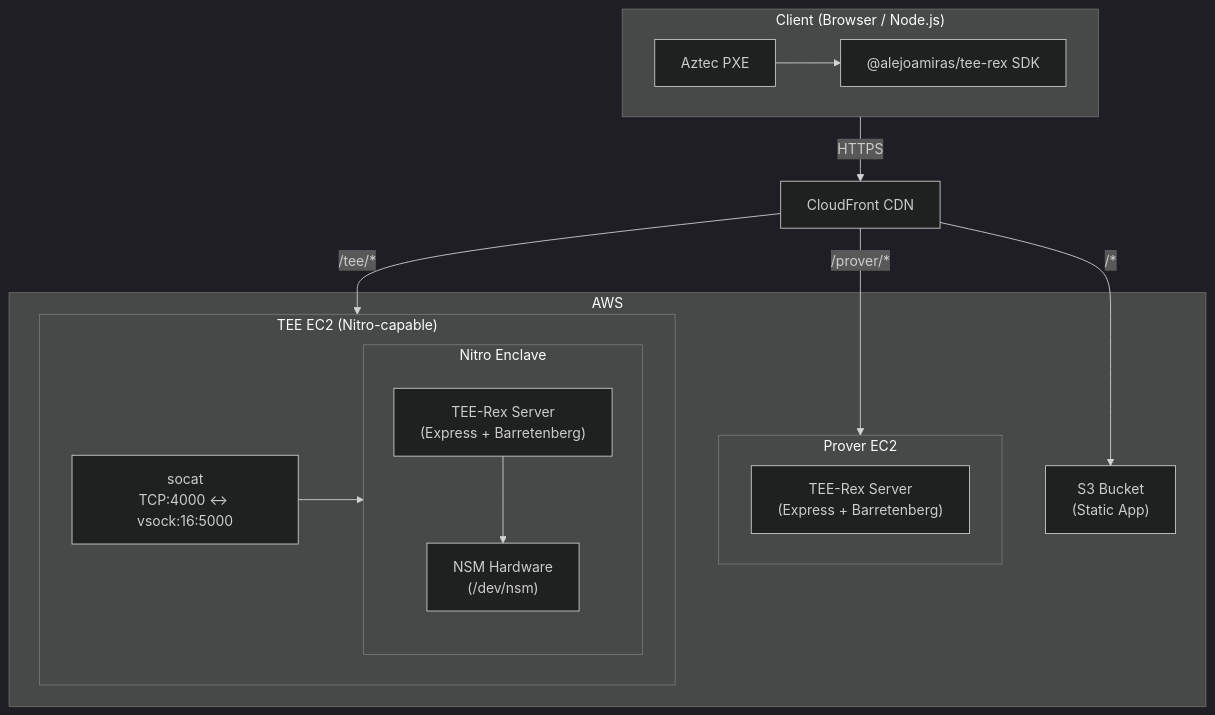
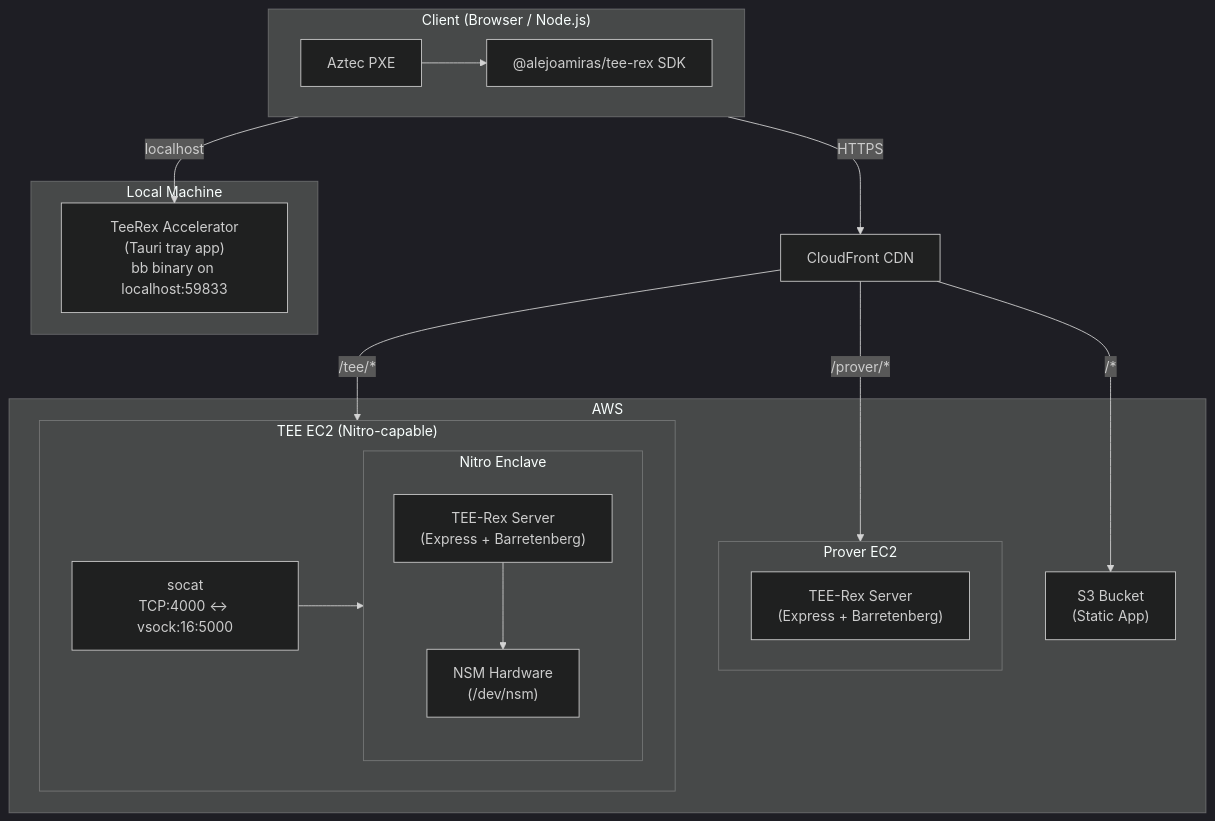
The first of 4 diagrams in docs/architecture.md (alejoamiras/tee-rex), drawn with Mermaid (dark theme) before and after one commit. The commit also changed other lines of this file and 20 other files, not shown here.

First line of the commit message:
feat(accelerator): add bb binary version compatibility check (#153)

````diff
--- a/docs/architecture.md
+++ b/docs/architecture.md
@@ -7,33 +7,38 @@
 ```mermaid
 graph TB
   subgraph Client["Client (Browser / Node.js)"]
     PXE["Aztec PXE"]
     SDK["@alejoamiras/tee-rex SDK"]
     PXE --> SDK
+  end
+
+  subgraph Local["Local Machine"]
+    Accelerator["TeeRex Accelerator<br/>(Tauri tray app)<br/>bb binary on localhost:59833"]
   end
 
   CF["CloudFront CDN"]
 
   subgraph AWS["AWS"]
     S3["S3 Bucket<br/>(Static App)"]
 
     subgraph ProverEC2["Prover EC2"]
       ProverServer["TEE-Rex Server<br/>(Express + Barretenberg)"]
     end
 
     subgraph TeeEC2["TEE EC2 (Nitro-capable)"]
       Socat["socat<br/>TCP:4000 ↔ vsock:16:5000"]
       subgraph Enclave["Nitro Enclave"]
         TeeServer["TEE-Rex Server<br/>(Express + Barretenberg)"]
         NSM["NSM Hardware<br/>(/dev/nsm)"]
         TeeServer --> NSM
       end
       Socat --> Enclave
     end
   end
 
+  Client -->|"localhost"| Accelerator
   Client -->|"HTTPS"| CF
   CF -->|"/*"| S3
   CF -->|"/prover/*"| ProverEC2
   CF -->|"/tee/*"| TeeEC2
 ```
````
